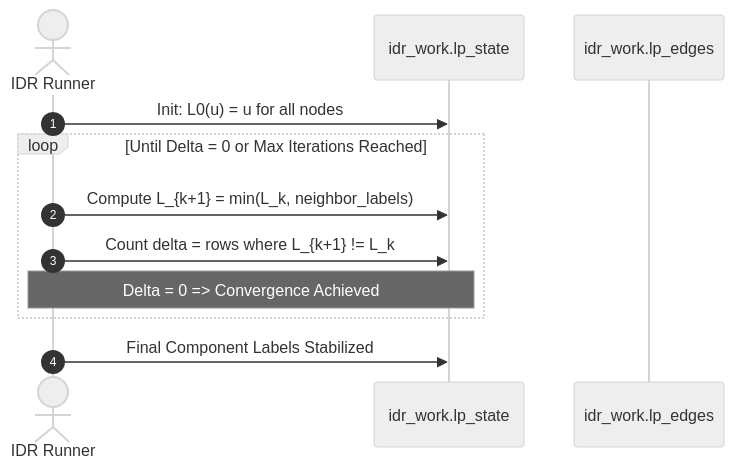
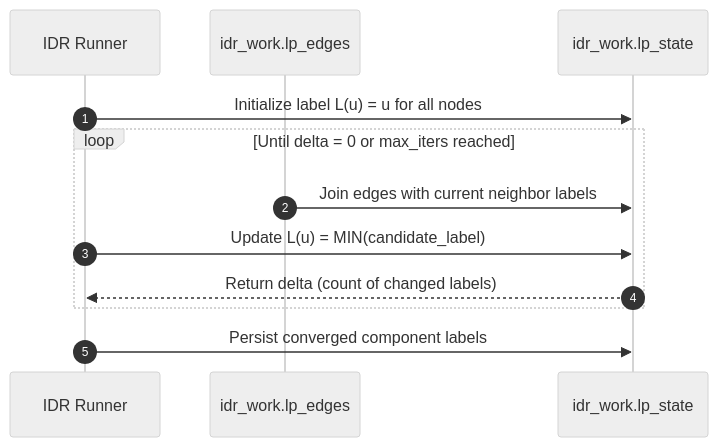
The third of 5 diagrams in docs/algorithm-and-graph-engine.md (anilkulkarni87/sql-identity-oss), drawn with Mermaid (neutral theme) before and after one commit. The commit also changed other lines of this file and 8 other files, not shown here.

Commit message:
docs: add GA4 tag, fix math formulas rendering, and correct mermaid diagram syntax

````diff
--- a/docs/algorithm-and-graph-engine.md
+++ b/docs/algorithm-and-graph-engine.md
@@ -200,15 +228,15 @@
 ```mermaid
 sequenceDiagram
     autonumber
-    actor Engine as IDR Runner
+    participant Engine as IDR Runner
+    participant Edges as idr_work.lp_edges
     participant Work as idr_work.lp_state
-    participant Edges as idr_work.lp_edges
-    
-    Engine->>Work: Init: L0(u) = u for all nodes
-    loop Until Delta = 0 or Max Iterations Reached
-        Engine->>Work: Compute L_{k+1} = min(L_k, neighbor_labels)
-        Engine->>Work: Count delta = rows where L_{k+1} != L_k
-        Note over Engine,Work: Delta = 0 => Convergence Achieved
+
+    Engine->>Work: Initialize label L(u) = u for all nodes
+    loop Until delta = 0 or max_iters reached
+        Edges->>Work: Join edges with current neighbor labels
+        Engine->>Work: Update L(u) = MIN(candidate_label)
+        Work-->>Engine: Return delta (count of changed labels)
     end
-    Engine->>Work: Final Component Labels Stabilized
+    Engine->>Work: Persist converged component labels
 ```
````
